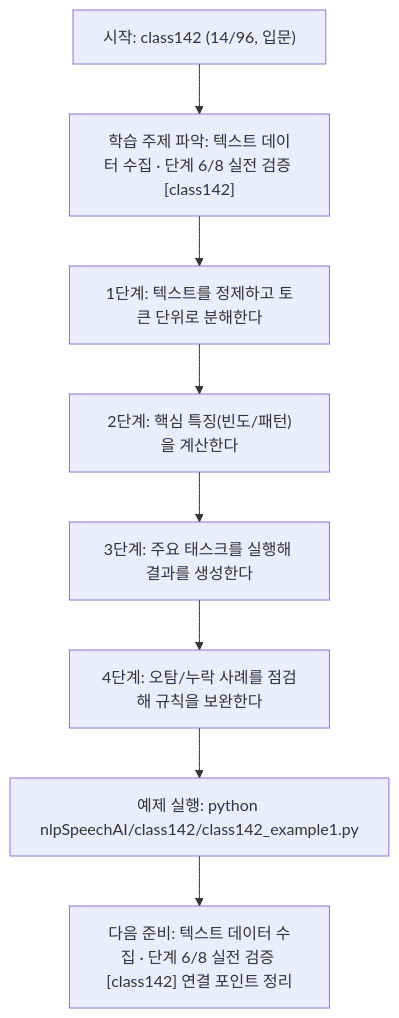
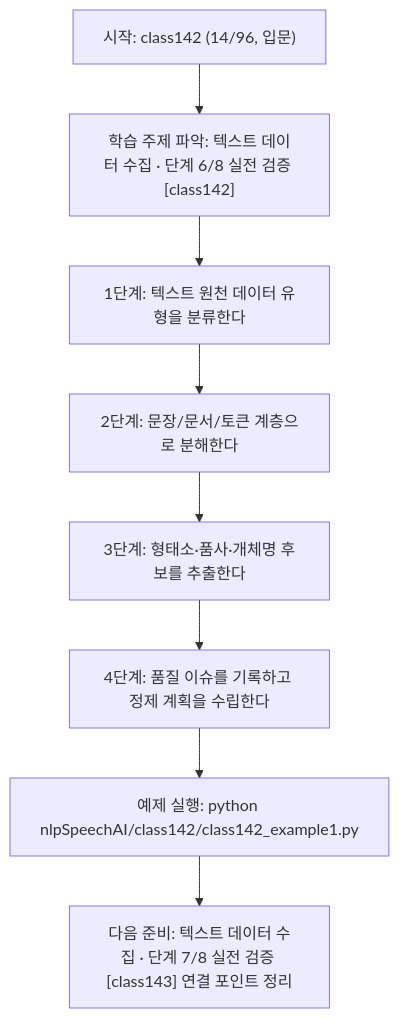
The diagram in nlpSpeechAI/class142/class142.md (edumgt/Python-AI_Agent-Class), drawn with Mermaid before and after one commit. The commit also changed other lines of this file and 1122 other files, not shown here.

````diff
--- a/nlpSpeechAI/class142/class142.md
+++ b/nlpSpeechAI/class142/class142.md
@@ -114,18 +95,18 @@
 ```mermaid
 flowchart TD
 N1["시작: class142 (14/96, 입문)"]
 N2["학습 주제 파악: 텍스트 데이터 수집 · 단계 6/8 실전 검증 [class142]"]
-N3["1단계: 텍스트를 정제하고 토큰 단위로 분해한다"]
-N4["2단계: 핵심 특징(빈도/패턴)을 계산한다"]
-N5["3단계: 주요 태스크를 실행해 결과를 생성한다"]
-N6["4단계: 오탐/누락 사례를 점검해 규칙을 보완한다"]
+N3["1단계: 텍스트 원천 데이터 유형을 분류한다"]
+N4["2단계: 문장/문서/토큰 계층으로 분해한다"]
+N5["3단계: 형태소·품사·개체명 후보를 추출한다"]
+N6["4단계: 품질 이슈를 기록하고 정제 계획을 수립한다"]
 N7["예제 실행: python nlpSpeechAI/class142/class142_example1.py"]
-N8["다음 준비: 텍스트 데이터 수집 · 단계 6/8 실전 검증 [class142] 연결 포인트 정리"]
+N8["다음 준비: 텍스트 데이터 수집 · 단계 7/8 실전 검증 [class143] 연결 포인트 정리"]
 N1 --> N2
 N2 --> N3
 N3 --> N4
 N4 --> N5
 N5 --> N6
 N6 --> N7
 N7 --> N8
 ```
````
